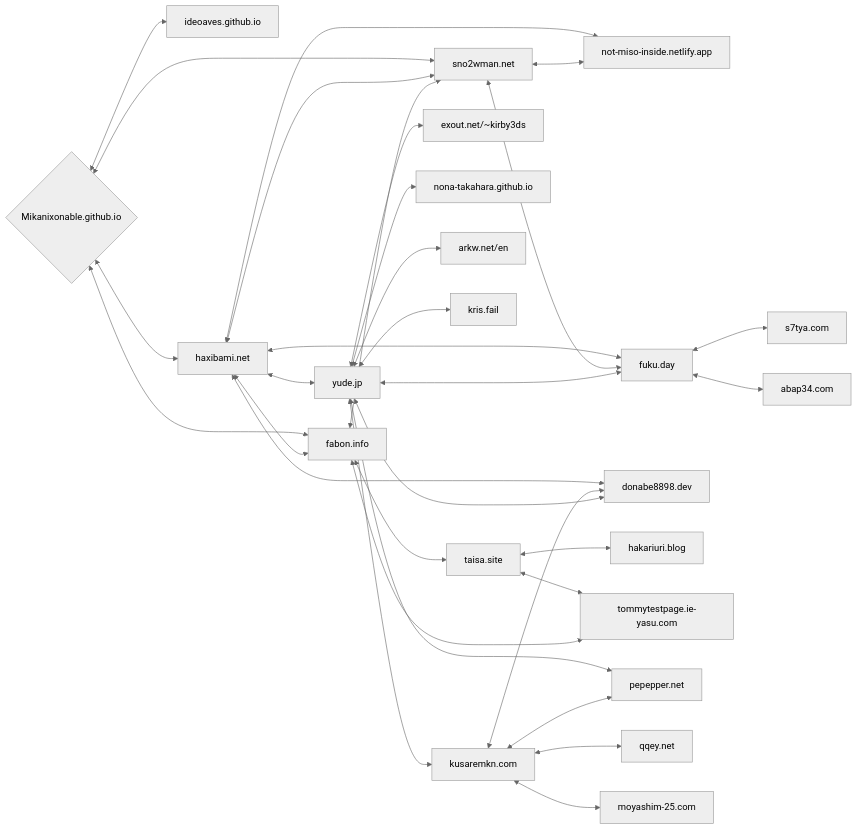
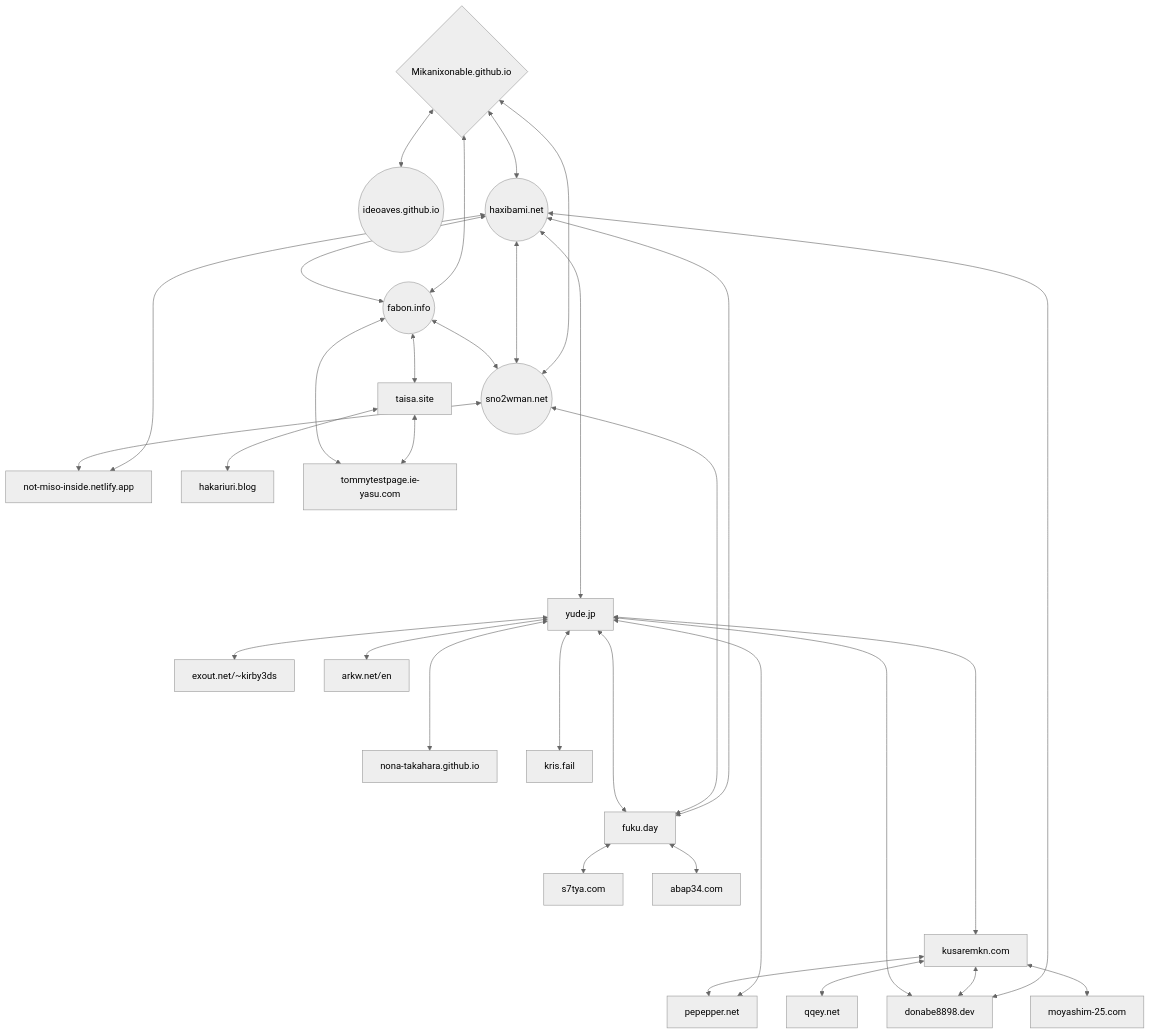
The second of 3 diagrams in 37.md (Mikanixonable/Mikanixonable.github.io), drawn with Mermaid (neutral theme) before and after one commit. The commit also changed other lines of this file and 1 other file, not shown here.

```diff
--- a/37.md
+++ b/37.md
@@ -77,46 +79,45 @@
 ~~~mermaid
-graph LR;
+graph TD;
 A{Mikanixonable.github.io}
-    A <--> ideoaves.github.io
+    A <--> I((ideoaves.github.io))
     A <--> H
     A <--> F
     A <--> S
 
-H[haxibami.net]
+H((haxibami.net))
     H <--> F
     H <--> S
     H <--> N
     H <--> fuku.day
     H <--> donabe8898.dev
-    H <--> Y
+    H <-------> Y
 
 
-S[sno2wman.net]
+S((sno2wman.net))
     S <--> N
-    S <--> fuku.day
-F[fabon.info]
+    S <----> fuku.day
+F((fabon.info))
     F <--> S
     F <--> taisa.site
         taisa.site <--> hakariuri.blog
             taisa.site <--> tommytestpage.ie-yasu.com
     F <--> tommytestpage.ie-yasu.com
 
 N[not-miso-inside.netlify.app]
 Y[yude.jp]
-Y <--> fuku.day
+Y <-----> fuku.day
     fuku.day <--> s7tya.com
     fuku.day <--> abap34.com
 Y <--> E
-Y <--> nona-takahara.github.io
-Y <--> pepepper.net
+Y <----> nona-takahara.github.io
+Y <---> pepepper.net
 Y <--> arkw.net/en
-Y <--> kris.fail
-Y <--> kusaremkn.com <--> qqey.net
+Y <----> kris.fail
+Y <-------> kusaremkn.com <--> qqey.net
     kusaremkn.com <--> pepepper.net
     kusaremkn.com <--> moyashim-25.com
     kusaremkn.com <--> donabe8898.dev
 Y <--> donabe8898.dev
 
 E[exout.net/~kirby3ds]
-
 ~~~
```
